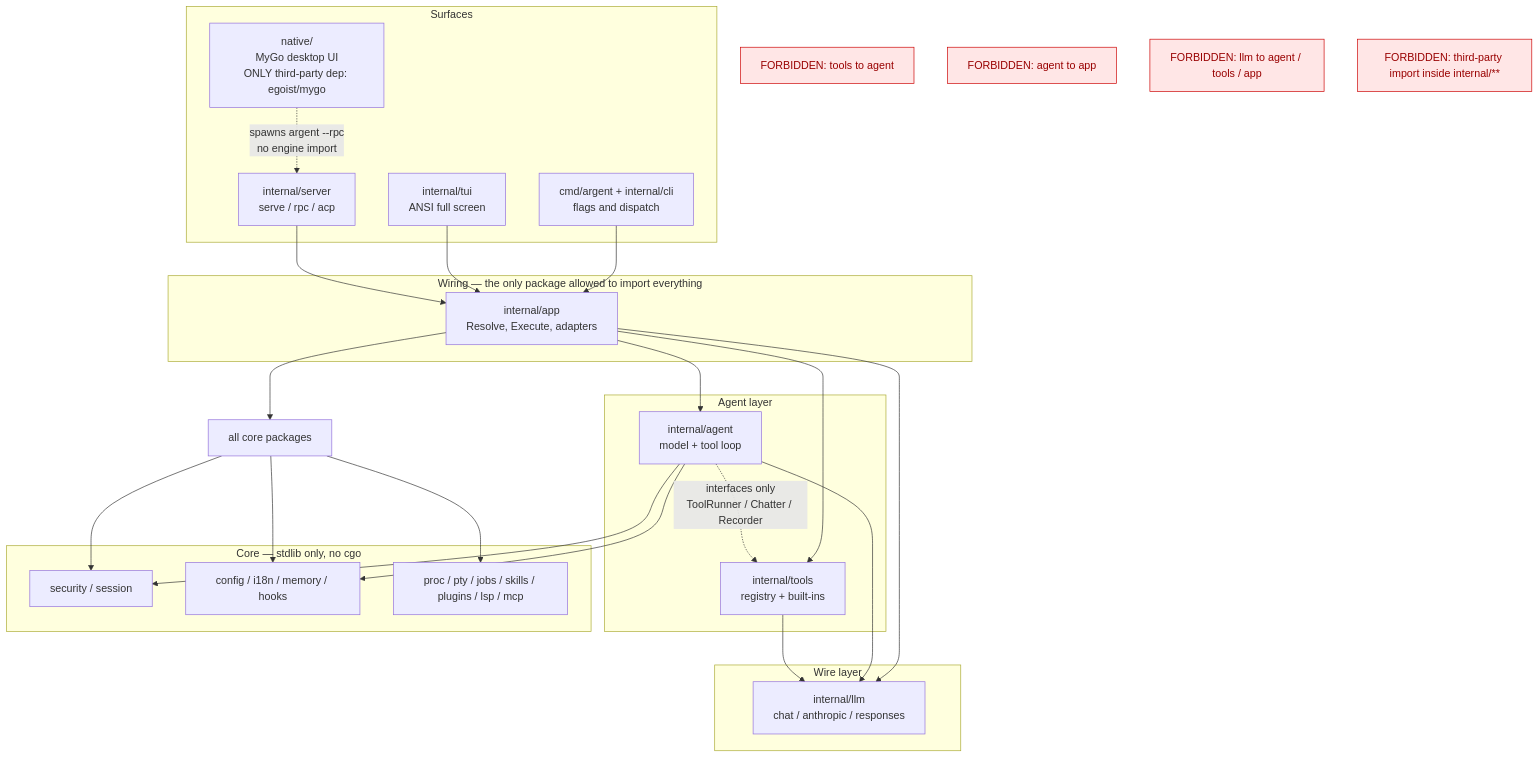
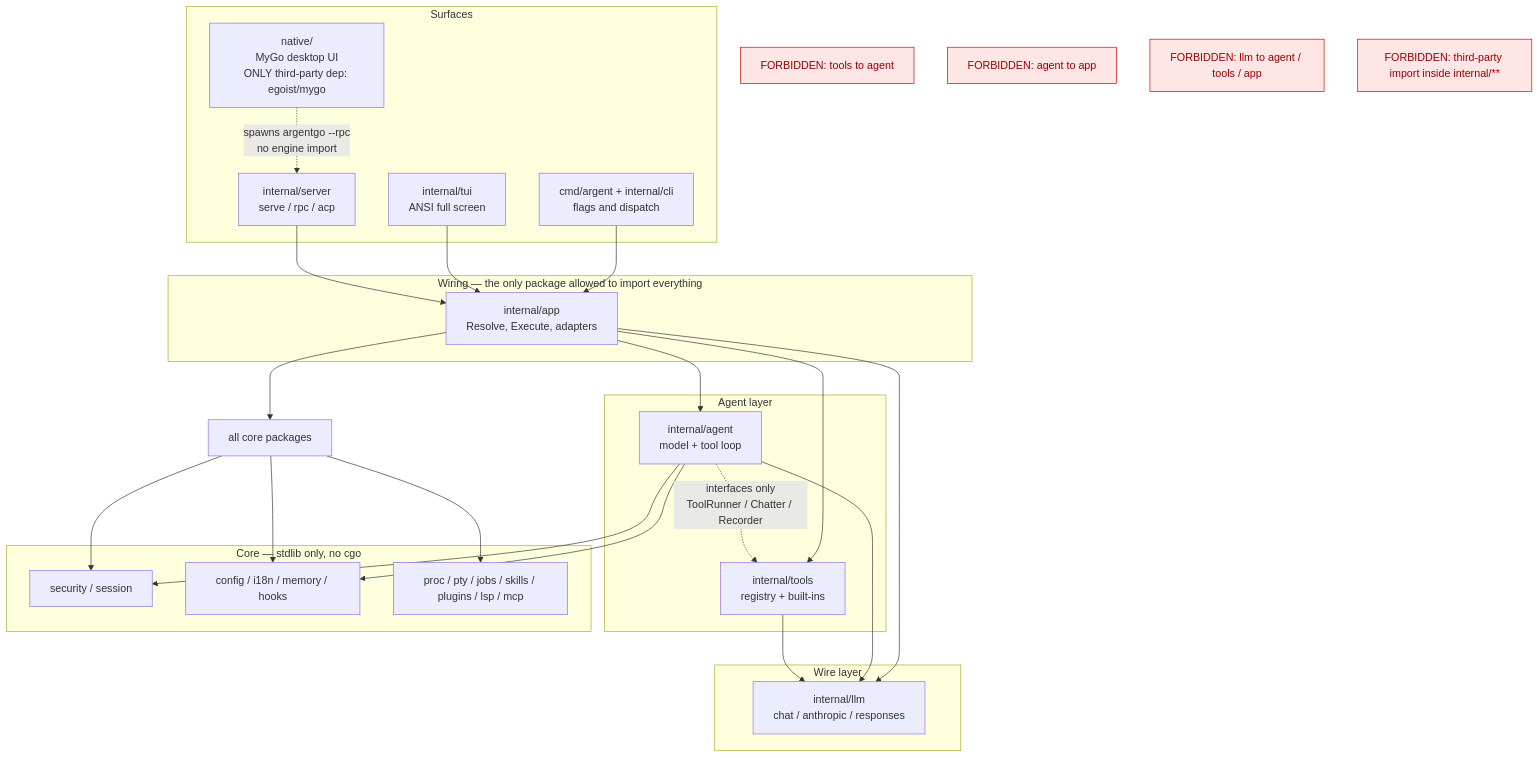
The first of 5 diagrams in docs/TECHNICAL.md (2118505078xyh1/argentgo), drawn with Mermaid before and after one commit. The commit also changed other lines of this file and 105 other files, not shown here.

````diff
--- a/docs/TECHNICAL.md
+++ b/docs/TECHNICAL.md
@@ -107,52 +107,52 @@
 ```mermaid
 flowchart TB
   subgraph surfaces["Surfaces"]
     CLI["cmd/argent + internal/cli<br/>flags and dispatch"]
     TUI["internal/tui<br/>ANSI full screen"]
     SRV["internal/server<br/>serve / rpc / acp"]
     NAT["native/<br/>MyGo desktop UI<br/>ONLY third-party dep: egoist/mygo"]
   end
 
   subgraph wirer["Wiring — the only package allowed to import everything"]
     APP["internal/app<br/>Resolve, Execute, adapters"]
   end
 
   subgraph loop["Agent layer"]
     AGENT["internal/agent<br/>model + tool loop"]
     TOOLS["internal/tools<br/>registry + built-ins"]
   end
 
   subgraph wire["Wire layer"]
     LLM["internal/llm<br/>chat / anthropic / responses"]
   end
 
   subgraph core["Core — stdlib only, no cgo"]
     SEC["security / session"]
     BASE["config / i18n / memory / hooks"]
     UTIL["proc / pty / jobs / skills / plugins / lsp / mcp"]
   end
 
   CLI --> APP
   TUI --> APP
   SRV --> APP
   APP --> AGENT
   APP --> TOOLS
   APP --> LLM
   AGENT --> LLM
   AGENT -. "interfaces only<br/>ToolRunner / Chatter / Recorder" .-> TOOLS
   TOOLS --> LLM
   AGENT --> SEC
   AGENT --> BASE
   APP --> CORE_LINK["all core packages"]
   CORE_LINK --> SEC
   CORE_LINK --> BASE
   CORE_LINK --> UTIL
-  NAT -. "spawns argent --rpc<br/>no engine import" .-> SRV
+  NAT -. "spawns argentgo --rpc<br/>no engine import" .-> SRV
 
   X1["FORBIDDEN: tools to agent"]:::bad
   X2["FORBIDDEN: agent to app"]:::bad
   X3["FORBIDDEN: llm to agent / tools / app"]:::bad
   X4["FORBIDDEN: third-party import inside internal/**"]:::bad
 
   classDef bad fill:#ffe6e6,stroke:#cc0000,color:#900;
 ```
````
